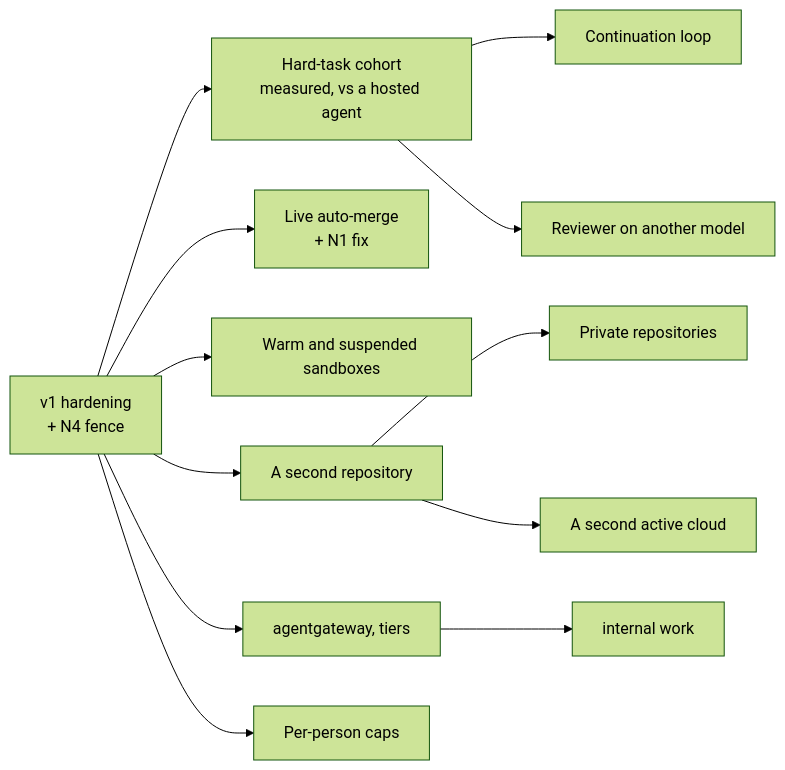
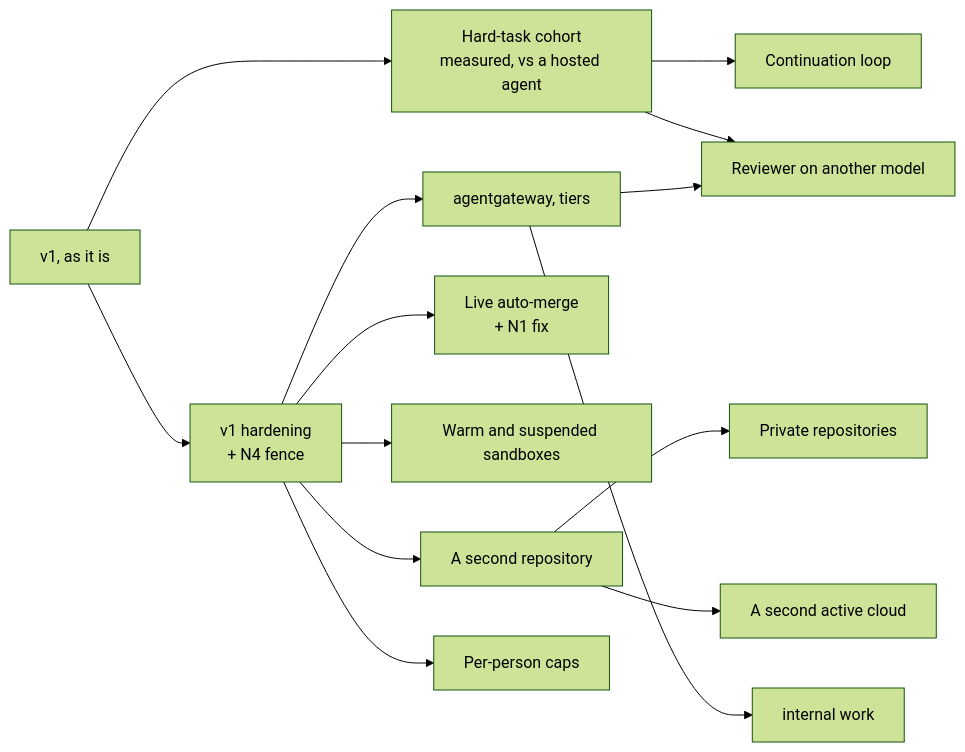
The diagram in docs/superpowers/specs/2026-10-12-agent-factory-v1-review.md (Smana/cloud-native-ref), drawn with Mermaid (forest theme) before and after one commit. The commit also changed other lines of this file and 3 other files, not shown here.

````diff
--- a/docs/superpowers/specs/2026-10-12-agent-factory-v1-review.md
+++ b/docs/superpowers/specs/2026-10-12-agent-factory-v1-review.md
@@ -154,13 +158,15 @@
 ```mermaid
 flowchart LR
-  hard["v1 hardening<br/>+ N4 fence"] --> cohort["Hard-task cohort<br/>measured, vs a hosted agent"]
+  v1["v1, as it is"] --> cohort["Hard-task cohort<br/>measured, vs a hosted agent"]
+  v1 --> hard["v1 hardening<br/>+ N4 fence"]
   cohort --> loop["Continuation loop"]
   cohort --> rev["Reviewer on another model"]
+  gw --> rev
   hard --> merge["Live auto-merge<br/>+ N1 fix"]
   hard --> warm["Warm and suspended sandboxes"]
   hard --> repo["A second repository"]
   repo --> priv["Private repositories"]
   repo --> cloud["A second active cloud"]
   hard --> gw["agentgateway, tiers"] --> internal["internal work"]
   hard --> caps["Per-person caps"]
 ```
````
